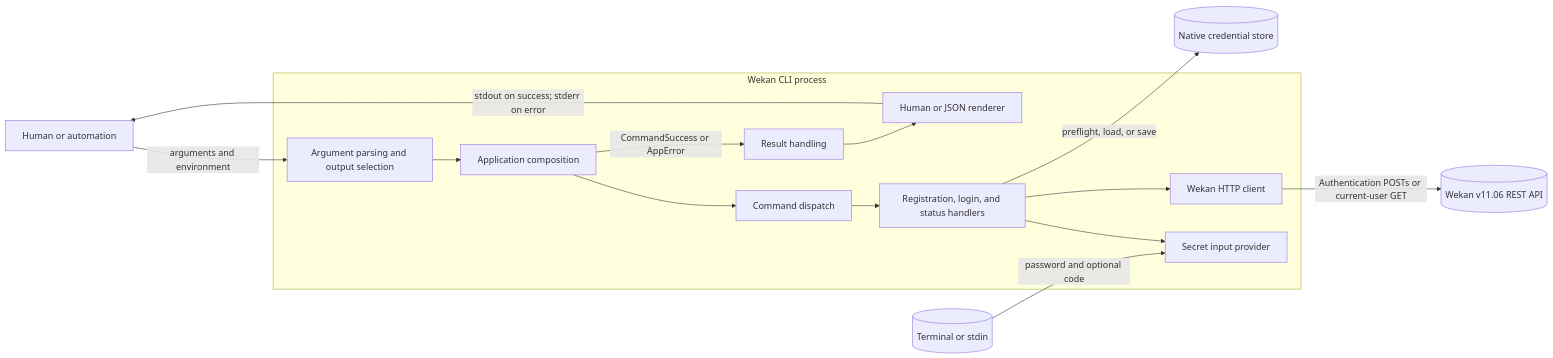
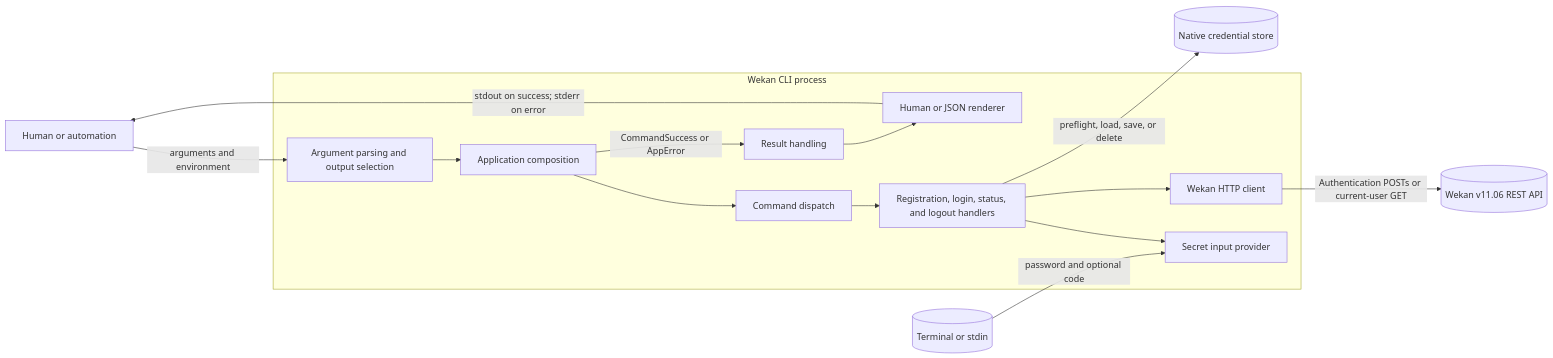
One commit to AhmedLukman/wekan-cli changed the first of 11 diagrams in docs/auth-architecture.md. Above: the diagram before and after it, drawn with Mermaid. The commit also changed other lines of this file and 25 other files, not shown here.

````diff
--- a/docs/auth-architecture.md
+++ b/docs/auth-architecture.md
@@ -14,32 +14,32 @@
 ```mermaid
 flowchart LR
     caller[Human or automation]
 
     subgraph cli[Wekan CLI process]
         entry[Argument parsing and output selection]
         app[Application composition]
         dispatch[Command dispatch]
-        handlers[Registration, login, and status handlers]
+        handlers[Registration, login, status, and logout handlers]
         secrets[Secret input provider]
         client[Wekan HTTP client]
         result[Result handling]
         output[Human or JSON renderer]
     end
 
     input[(Terminal or stdin)]
     wekan[(Wekan v11.06 REST API)]
     vault[(Native credential store)]
 
     caller -->|arguments and environment| entry
     entry --> app
     app --> dispatch
     dispatch --> handlers
     handlers --> secrets
     input -->|password and optional code| secrets
     handlers --> client
     client -->|Authentication POSTs or current-user GET| wekan
-    handlers -->|preflight, load, or save| vault
+    handlers -->|preflight, load, save, or delete| vault
     app -->|CommandSuccess or AppError| result
     result --> output
     output -->|stdout on success; stderr on error| caller
 ```
````
